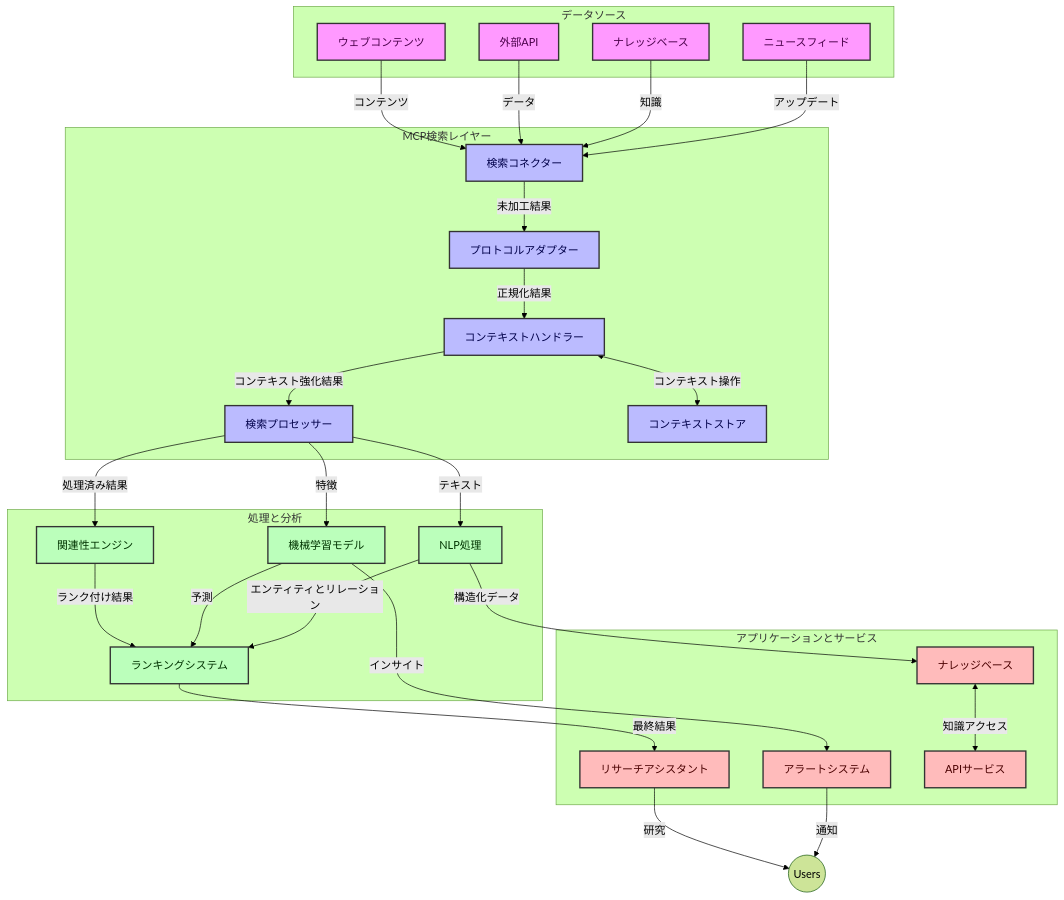
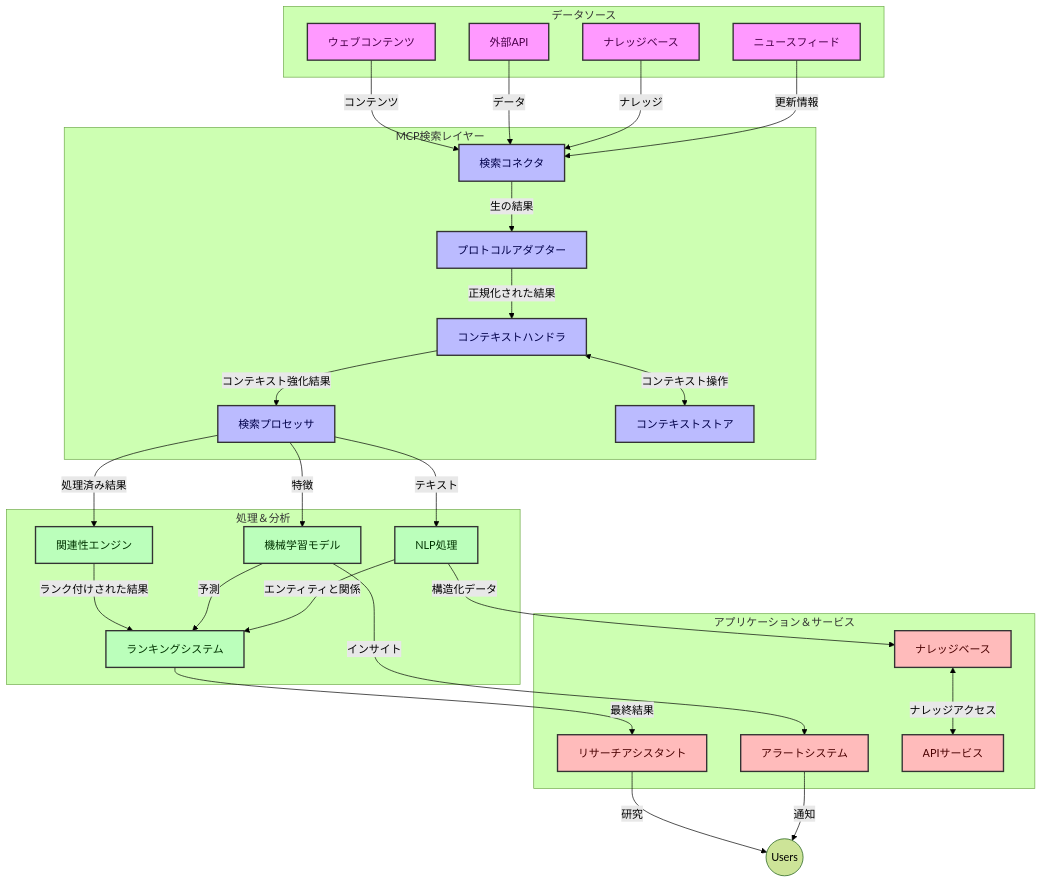
One commit to microsoft/mcp-for-beginners changed the first of 4 diagrams in translations/ja/05-AdvancedTopics/mcp-realtimesearch/README.md. Above: the diagram before and after it, drawn with Mermaid (forest theme). The commit also changed other lines of this file and 110 other files, not shown here.

````diff
--- a/translations/ja/05-AdvancedTopics/mcp-realtimesearch/README.md
+++ b/translations/ja/05-AdvancedTopics/mcp-realtimesearch/README.md
@@ -109,66 +109,66 @@
 ```mermaid
 graph TD
     subgraph "データソース"
         Web[ウェブコンテンツ]
         APIs[外部API]
         DB[ナレッジベース]
         News[ニュースフィード]
     end
 
     subgraph "MCP検索レイヤー"
-        SC[検索コネクター]
+        SC[検索コネクタ]
         PA[プロトコルアダプター]
-        CH[コンテキストハンドラー]
-        SP[検索プロセッサー]
+        CH[コンテキストハンドラ]
+        SP[検索プロセッサ]
         CS[コンテキストストア]
     end
 
-    subgraph "処理と分析"
+    subgraph "処理＆分析"
         RE[関連性エンジン]
         ML[機械学習モデル]
         NLP[NLP処理]
         Rank[ランキングシステム]
     end
 
-    subgraph "アプリケーションとサービス"
+    subgraph "アプリケーション＆サービス"
         RA[リサーチアシスタント]
         Alerts[アラートシステム]
         KB[ナレッジベース]
         API[APIサービス]
     end
 
     Web -->|コンテンツ| SC
     APIs -->|データ| SC
-    DB -->|知識| SC
-    News -->|アップデート| SC
+    DB -->|ナレッジ| SC
+    News -->|更新情報| SC
     
-    SC -->|未加工結果| PA
-    PA -->|正規化結果| CH
+    SC -->|生の結果| PA
+    PA -->|正規化された結果| CH
     CH <-->|コンテキスト操作| CS
     CH -->|コンテキスト強化結果| SP
     SP -->|処理済み結果| RE
     SP -->|特徴| ML
     SP -->|テキスト| NLP
     
-    RE -->|ランク付け結果| Rank
+    RE -->|ランク付けされた結果| Rank
     ML -->|予測| Rank
-    NLP -->|エンティティとリレーション| Rank
+    NLP -->|エンティティと関係| Rank
     
     Rank -->|最終結果| RA
     ML -->|インサイト| Alerts
     NLP -->|構造化データ| KB
     
     RA -->|研究| Users((Users))
     Alerts -->|通知| Users
-    KB <-->|知識アクセス| API
+    KB <-->|ナレッジアクセス| API
 
     classDef sources fill:#f9f,stroke:#333,stroke-width:2px,color:#4a004a
     classDef mcp fill:#bbf,stroke:#333,stroke-width:2px,color:#00004a
     classDef processing fill:#bfb,stroke:#333,stroke-width:2px,color:#003300
     classDef apps fill:#fbb,stroke:#333,stroke-width:2px,color:#4a0000
     
     class Web,APIs,DB,News sources
     class SC,PA,CH,SP,CS mcp
     class RE,ML,NLP,Rank processing
     class RA,Alerts,KB,API apps
 ```
````
